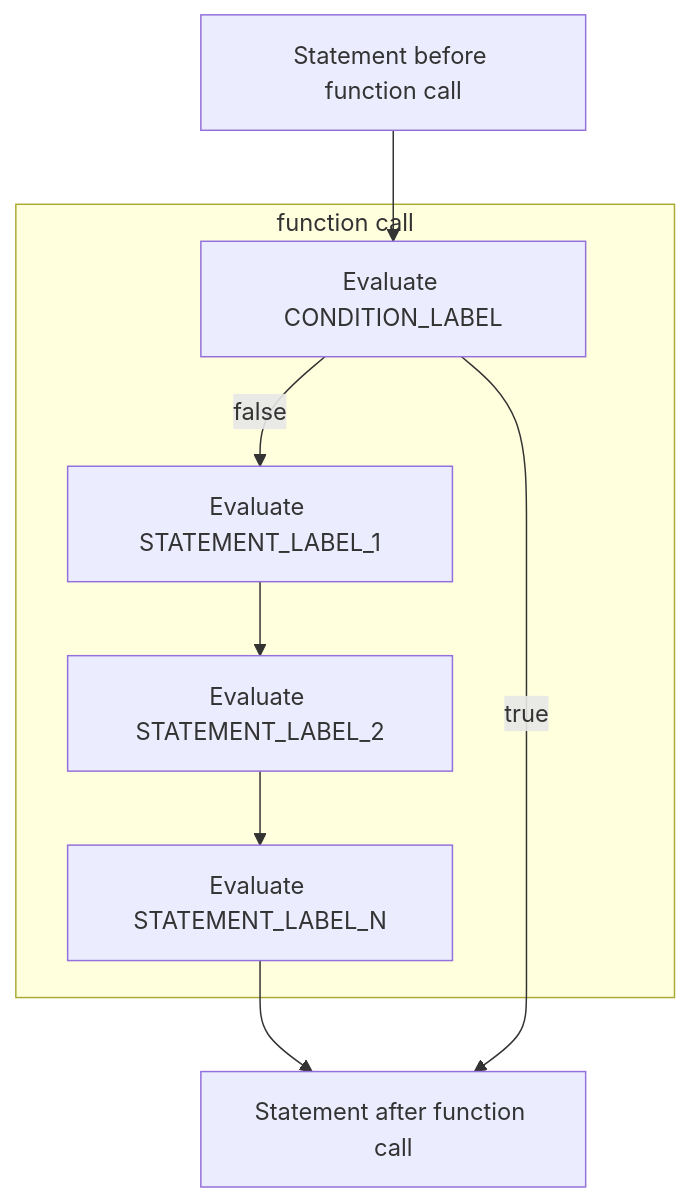
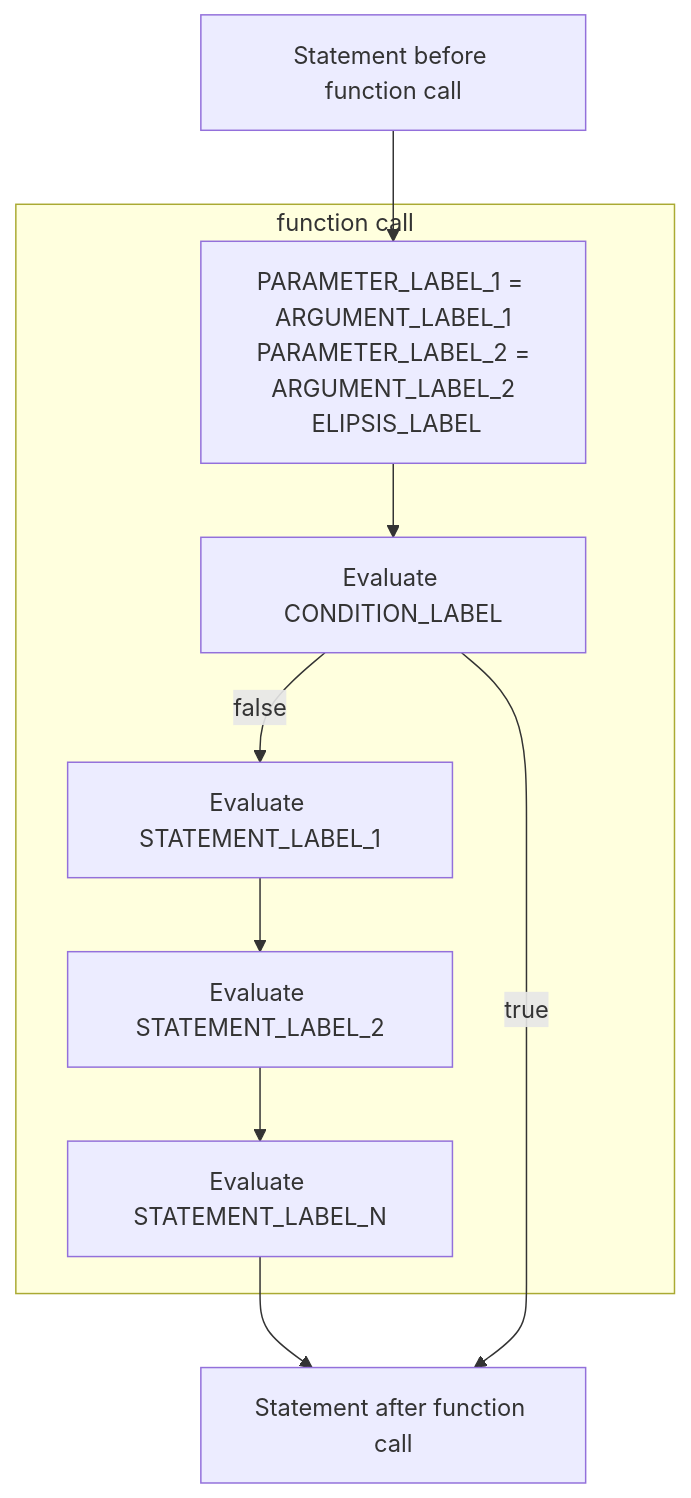
One commit to Explik/javascript-syntax-guide changed the seventh of 20 diagrams in src/content.md. Above: the diagram before and after it, drawn with Mermaid.

Commit message:
Fixing flowchart mistake for Function call with early return without value

````diff
--- a/src/content.md
+++ b/src/content.md
@@ -749,16 +749,18 @@
 ```Mermaid
 flowchart TD
-  A[Statement before function call] --> B[Evaluate CONDITION_LABEL]
+  A[Statement before function call] --> A0[PARAMETER_LABEL_1 = ARGUMENT_LABEL_1\n PARAMETER_LABEL_2 = ARGUMENT_LABEL_2\n ELIPSIS_LABEL]
+  A0 --> B[Evaluate CONDITION_LABEL]
   B -->|false| C[Evaluate STATEMENT_LABEL_1]
   C --> D[Evaluate STATEMENT_LABEL_2]
   D --> E[Evaluate STATEMENT_LABEL_N]
   E --> F[Statement after function call]
   B -->|true| F
 
   subgraph "function call"
+    A0
     B
     C
     D
     E
   end
 ```
````
